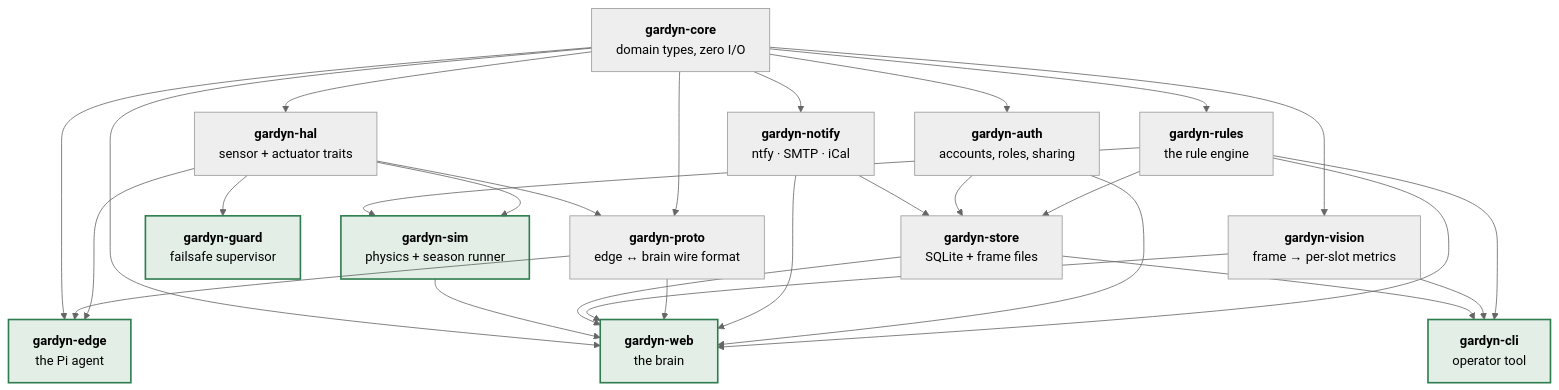
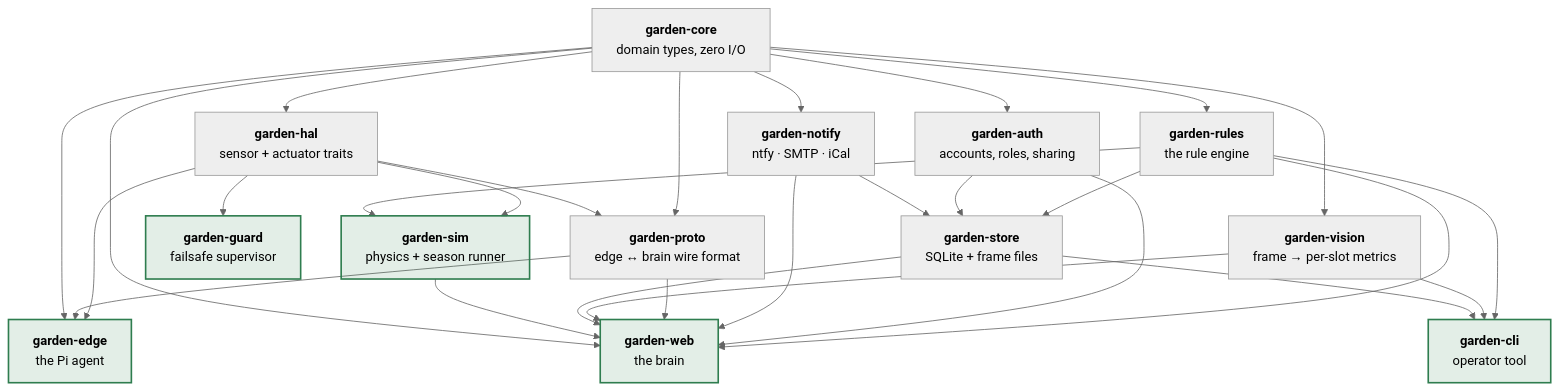
The second of 2 diagrams in DESIGN.md (aero530/garden_monitor), drawn with Mermaid (neutral theme) before and after one commit. The commit also changed other lines of this file and 272 other files, not shown here.

First line of the commit message:
Rename the project from gardyn to garden

````diff
--- a/DESIGN.md
+++ b/DESIGN.md
@@ -438,34 +438,34 @@
 ```mermaid
 flowchart TD
-  core["<b>gardyn-core</b><br/>domain types, zero I/O"]
+  core["<b>garden-core</b><br/>domain types, zero I/O"]
 
-  hal["<b>gardyn-hal</b><br/>sensor + actuator traits"]
-  rules["<b>gardyn-rules</b><br/>the rule engine"]
-  auth["<b>gardyn-auth</b><br/>accounts, roles, sharing"]
-  proto["<b>gardyn-proto</b><br/>edge ↔ brain wire format"]
-  notify["<b>gardyn-notify</b><br/>ntfy · SMTP · iCal"]
+  hal["<b>garden-hal</b><br/>sensor + actuator traits"]
+  rules["<b>garden-rules</b><br/>the rule engine"]
+  auth["<b>garden-auth</b><br/>accounts, roles, sharing"]
+  proto["<b>garden-proto</b><br/>edge ↔ brain wire format"]
+  notify["<b>garden-notify</b><br/>ntfy · SMTP · iCal"]
 
-  sim["<b>gardyn-sim</b><br/>physics + season runner"]
-  store["<b>gardyn-store</b><br/>SQLite + frame files"]
+  sim["<b>garden-sim</b><br/>physics + season runner"]
+  store["<b>garden-store</b><br/>SQLite + frame files"]
 
-  web["<b>gardyn-web</b><br/>the brain"]
-  edge["<b>gardyn-edge</b><br/>the Pi agent"]
-  guard["<b>gardyn-guard</b><br/>failsafe supervisor"]
+  web["<b>garden-web</b><br/>the brain"]
+  edge["<b>garden-edge</b><br/>the Pi agent"]
+  guard["<b>garden-guard</b><br/>failsafe supervisor"]
 
-  vision["<b>gardyn-vision</b><br/>frame → per-slot metrics"]
-  cli["<b>gardyn-cli</b><br/>operator tool"]
+  vision["<b>garden-vision</b><br/>frame → per-slot metrics"]
+  cli["<b>garden-cli</b><br/>operator tool"]
 
   core --> hal & rules & auth & proto & notify & vision
   hal --> sim & edge & guard & proto
   rules --> sim & store & web & cli
   auth --> store & web
   notify --> store & web
   proto --> edge & web
   vision --> web & cli
   store --> web & cli
   sim --> web
   core --> web & edge
 
   classDef bin fill:#2f7d4f22,stroke:#2f7d4f,stroke-width:2px
   class web,edge,guard,sim,cli bin
 ```
````
